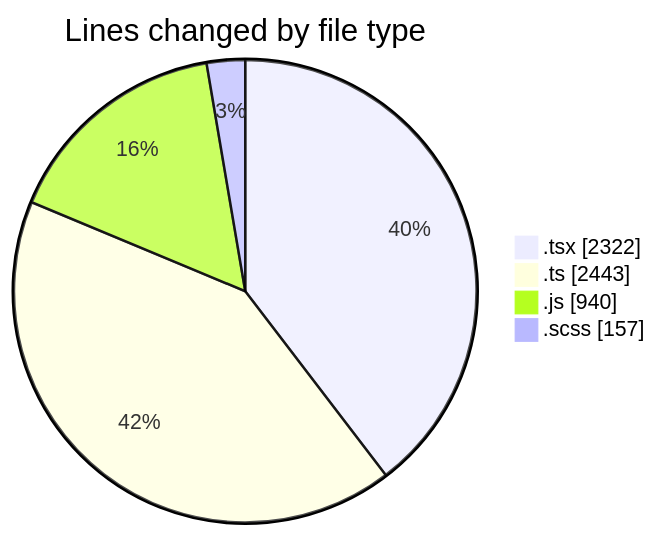
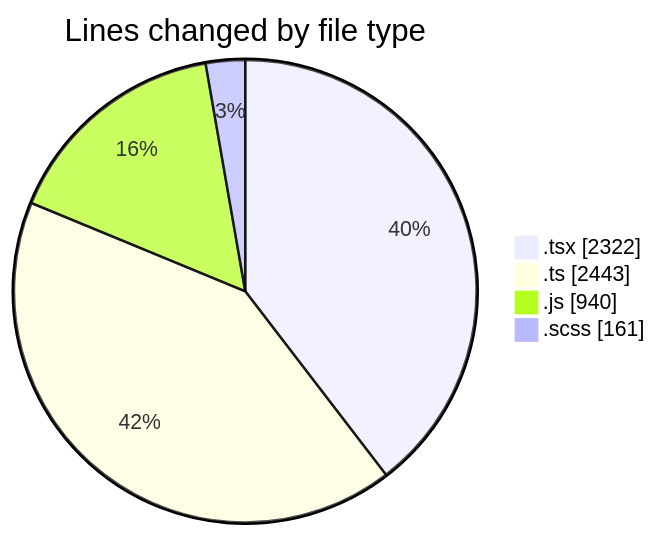
Before and after one commit to momahboobian/code-tracking: the first of 2 diagrams in 2026-07-16/cda/README.md, drawn with Mermaid. The commit also changed other lines of this file and 1 other file, not shown here.

````diff
--- a/2026-07-16/cda/README.md
+++ b/2026-07-16/cda/README.md
@@ -50,8 +50,8 @@
 ```mermaid
 pie showData
 title Lines changed by file type
 ".tsx" : 2322
 ".ts" : 2443
 ".js" : 940
-".scss" : 157
+".scss" : 161
 ```
````
